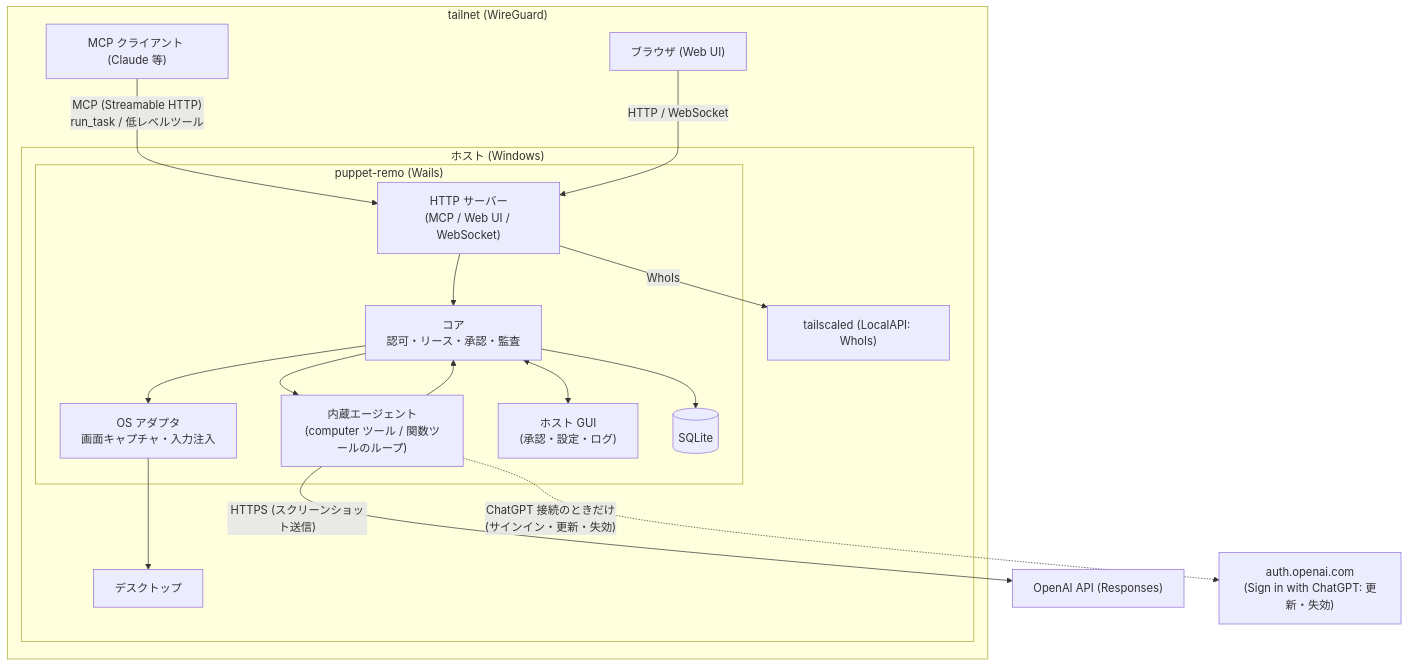
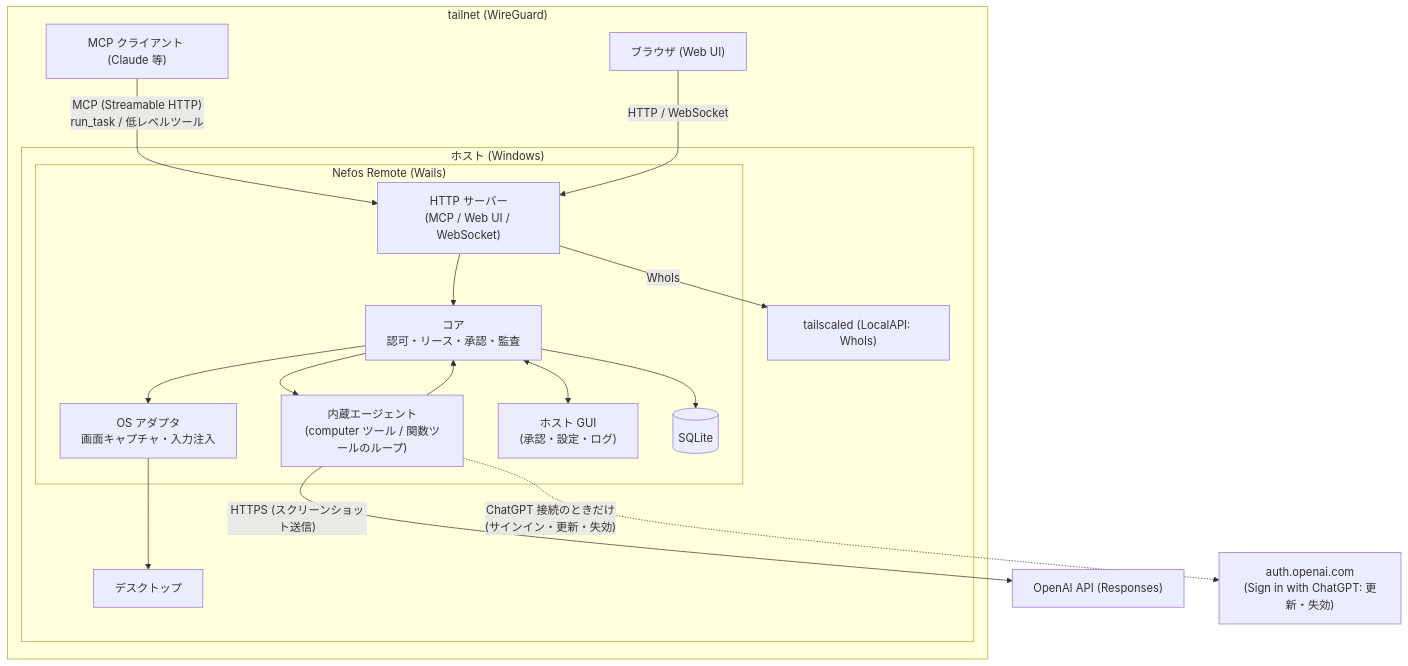
One commit to ousiassllc/puppet-remo changed the diagram in docs/overview.md. Above: the diagram before and after it, drawn with Mermaid. The commit also changed other lines of this file and 34 other files, not shown here.

First line of the commit message:
feat: 製品の表示名を Nefos Remote に変える（旧名 puppet-remo）

````diff
--- a/docs/overview.md
+++ b/docs/overview.md
@@ -59,33 +59,33 @@
 ```mermaid
 graph TD
     subgraph Tailnet["tailnet (WireGuard)"]
         MCPC["MCP クライアント (Claude 等)"]
         BR["ブラウザ (Web UI)"]
         subgraph Host["ホスト (Windows)"]
             TS["tailscaled (LocalAPI: WhoIs)"]
-            subgraph App["puppet-remo (Wails)"]
+            subgraph App["Nefos Remote (Wails)"]
                 SRV["HTTP サーバー<br/>(MCP / Web UI / WebSocket)"]
                 CORE["コア<br/>認可・リース・承認・監査"]
                 AGENT["内蔵エージェント<br/>(computer ツール / 関数ツールのループ)"]
                 OS["OS アダプタ<br/>画面キャプチャ・入力注入"]
                 GUI["ホスト GUI<br/>(承認・設定・ログ)"]
                 DB[("SQLite")]
             end
             DESK["デスクトップ"]
         end
     end
     OAI["OpenAI API (Responses)"]
     OAUTH["auth.openai.com<br/>(Sign in with ChatGPT: 更新・失効)"]
     MCPC -- "MCP (Streamable HTTP)<br/>run_task / 低レベルツール" --> SRV
     BR -- "HTTP / WebSocket" --> SRV
     SRV -- "WhoIs" --> TS
     SRV --> CORE
     CORE --> AGENT
     AGENT -- "HTTPS (スクリーンショット送信)" --> OAI
     AGENT -. "ChatGPT 接続のときだけ<br/>(サインイン・更新・失効)" .-> OAUTH
     AGENT --> CORE
     CORE --> OS
     CORE --> DB
     CORE <--> GUI
     OS --> DESK
 ```
````
